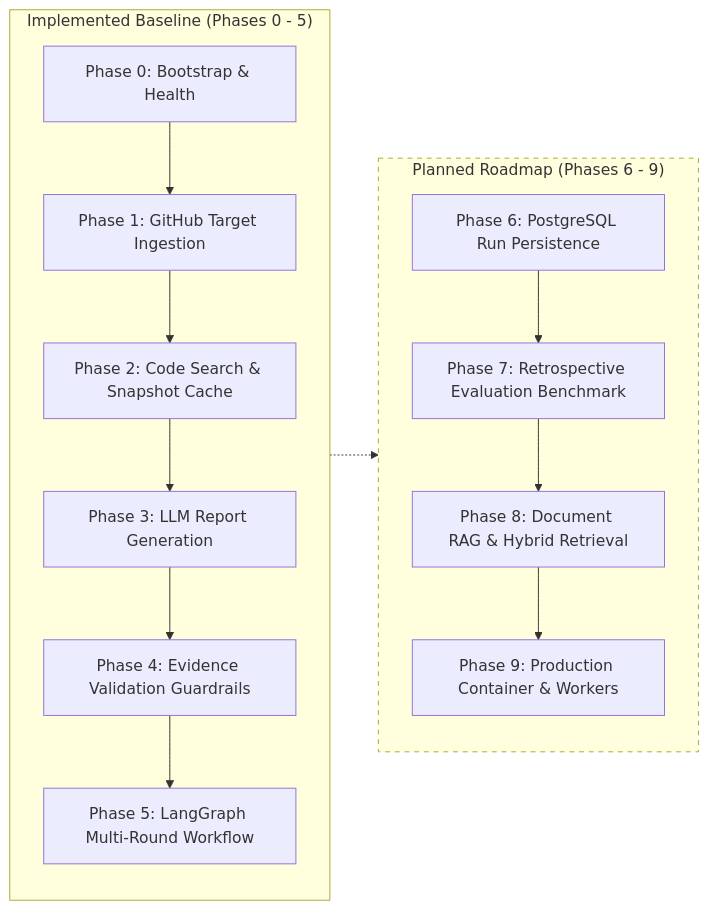
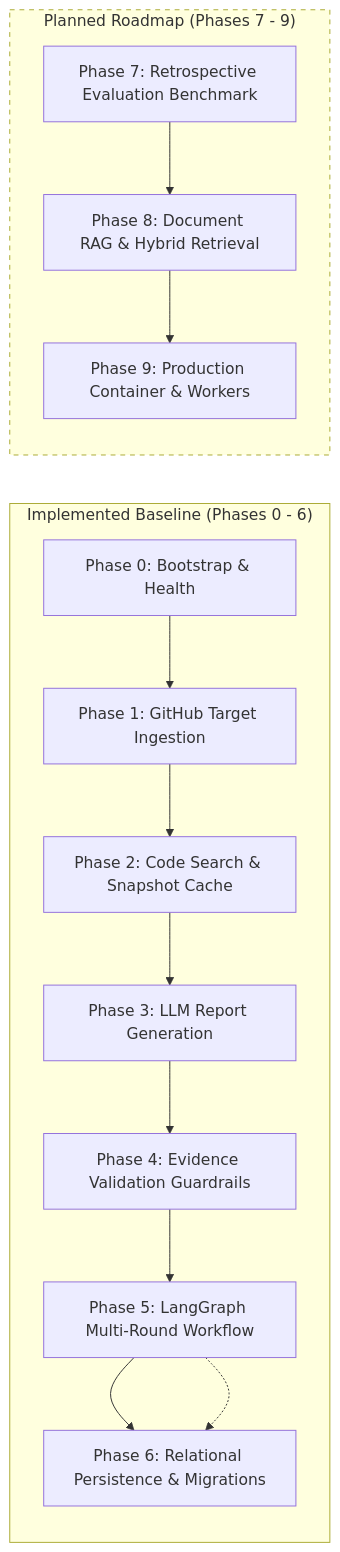
The second of 2 diagrams in docs/architecture/README.md (vishwaskotegar/Issuelens), drawn with Mermaid before and after one commit. The commit also changed other lines of this file and 29 other files, not shown here.

Commit message:
feat(persistence): implement PostgreSQL schema, Alembic migrations, repository pattern, and restart survivability (Phase 6)

````diff
--- a/docs/architecture/README.md
+++ b/docs/architecture/README.md
@@ -79,26 +79,26 @@
 ```mermaid
 flowchart LR
-    subgraph Implemented["Implemented Baseline (Phases 0 - 5)"]
+    subgraph Implemented["Implemented Baseline (Phases 0 - 6)"]
         direction TB
         P0["Phase 0: Bootstrap & Health"]
         P1["Phase 1: GitHub Target Ingestion"]
         P2["Phase 2: Code Search & Snapshot Cache"]
         P3["Phase 3: LLM Report Generation"]
         P4["Phase 4: Evidence Validation Guardrails"]
         P5["Phase 5: LangGraph Multi-Round Workflow"]
-        P0 --> P1 --> P2 --> P3 --> P4 --> P5
+        P6["Phase 6: Relational Persistence & Migrations"]
+        P0 --> P1 --> P2 --> P3 --> P4 --> P5 --> P6
     end
 
-    subgraph Planned["Planned Roadmap (Phases 6 - 9)"]
+    subgraph Planned["Planned Roadmap (Phases 7 - 9)"]
         direction TB
-        P6["Phase 6: PostgreSQL Run Persistence"]
         P7["Phase 7: Retrospective Evaluation Benchmark"]
         P8["Phase 8: Document RAG & Hybrid Retrieval"]
         P9["Phase 9: Production Container & Workers"]
-        P6 --> P7 --> P8 --> P9
+        P7 --> P8 --> P9
     end
 
     P5 -.-> P6
 
     style Planned stroke-dasharray: 5 5
 ```
````
